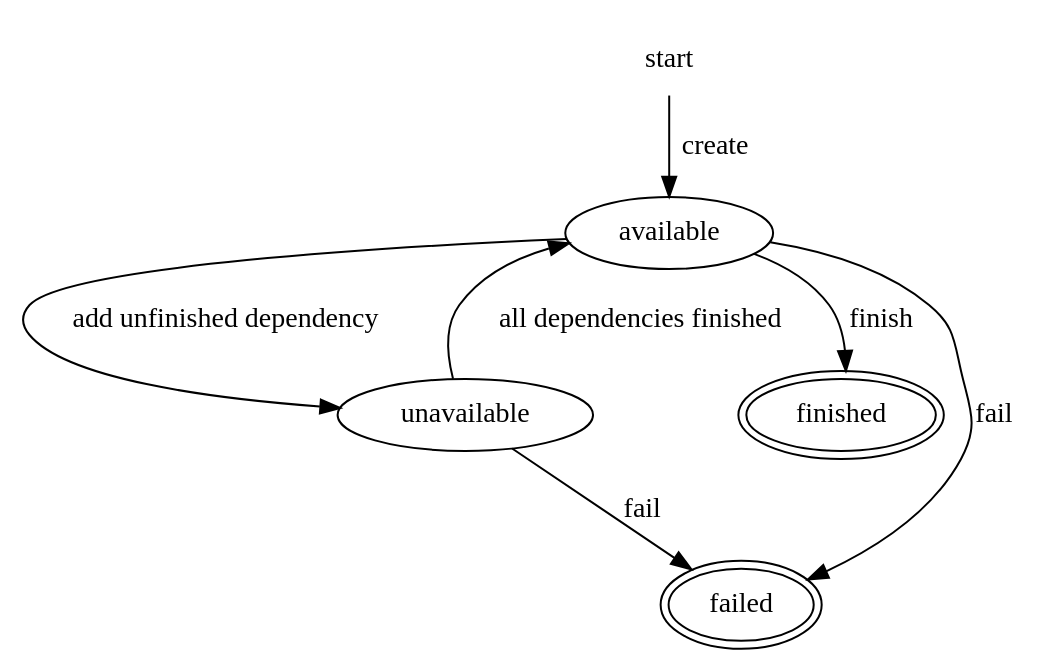
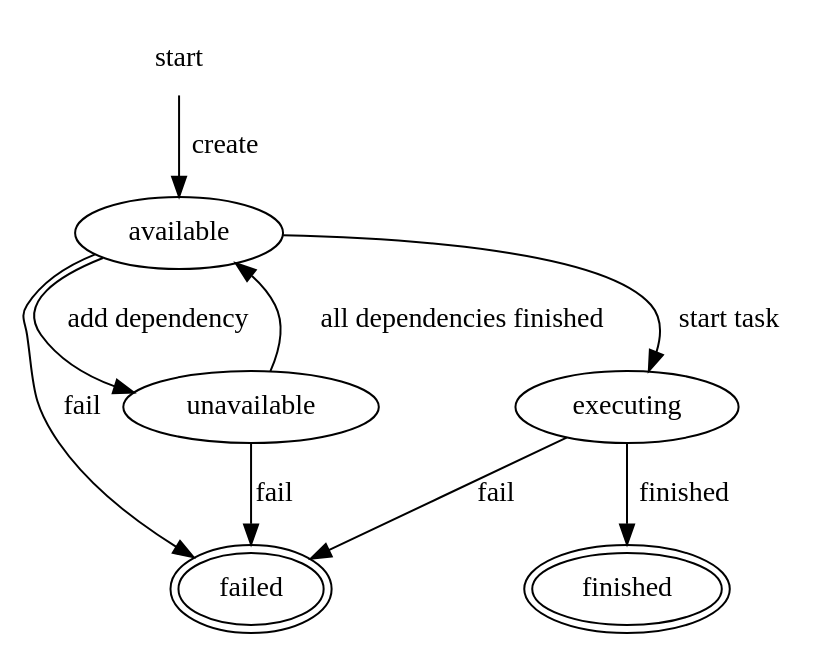
One commit to NorfairKing/swop changed the diagram in diagrams/task_dfs.dot. Above: the diagram before and after it, drawn with Graphviz. The commit also changed 10 other files, not shown here.

```diff
--- a/diagrams/task_dfs.dot
+++ b/diagrams/task_dfs.dot
@@ -1,29 +1,39 @@
 digraph finite_state_machine {
     node [label=""];
 
     start           [label="start", shape=none];
     available       [label="available"];
     unavailable     [label="unavailable"];
+    executing       [label="executing"];
     finished        [label="finished", peripheries=2];
     failed          [label="failed",peripheries=2];
 
     start -> available[label="create"];
 
-    available -> unavailable [label="add unfinished dependency"];
-    available -> finished    [label="finish"];
+    available -> unavailable [label="add dependency"];
+    available -> executing   [label="start task"];
+    // available -> finished not possible
     available -> failed      [label="fail"];
 
+    // executing -> available not possible
+    // executing -> unavailable not possible
+    executing -> finished    [label="finished"];
+    executing -> failed      [label="fail"];
+
+    // unavailable -> executing not possible
     unavailable -> available [label="all dependencies finished"];
     unavailable -> failed    [label="fail"];
     // unavailable -> finished not possible
 
     // finished -> available not possible
+    // finished -> executing not possible
     // finished -> unavailable not possible
     // finished -> failed not possible
 
     // failed -> available not possible
+    // failed -> executing not possible
     // failed -> unavailable not possible
     // failed -> finished not possible
 
 
 }
```
